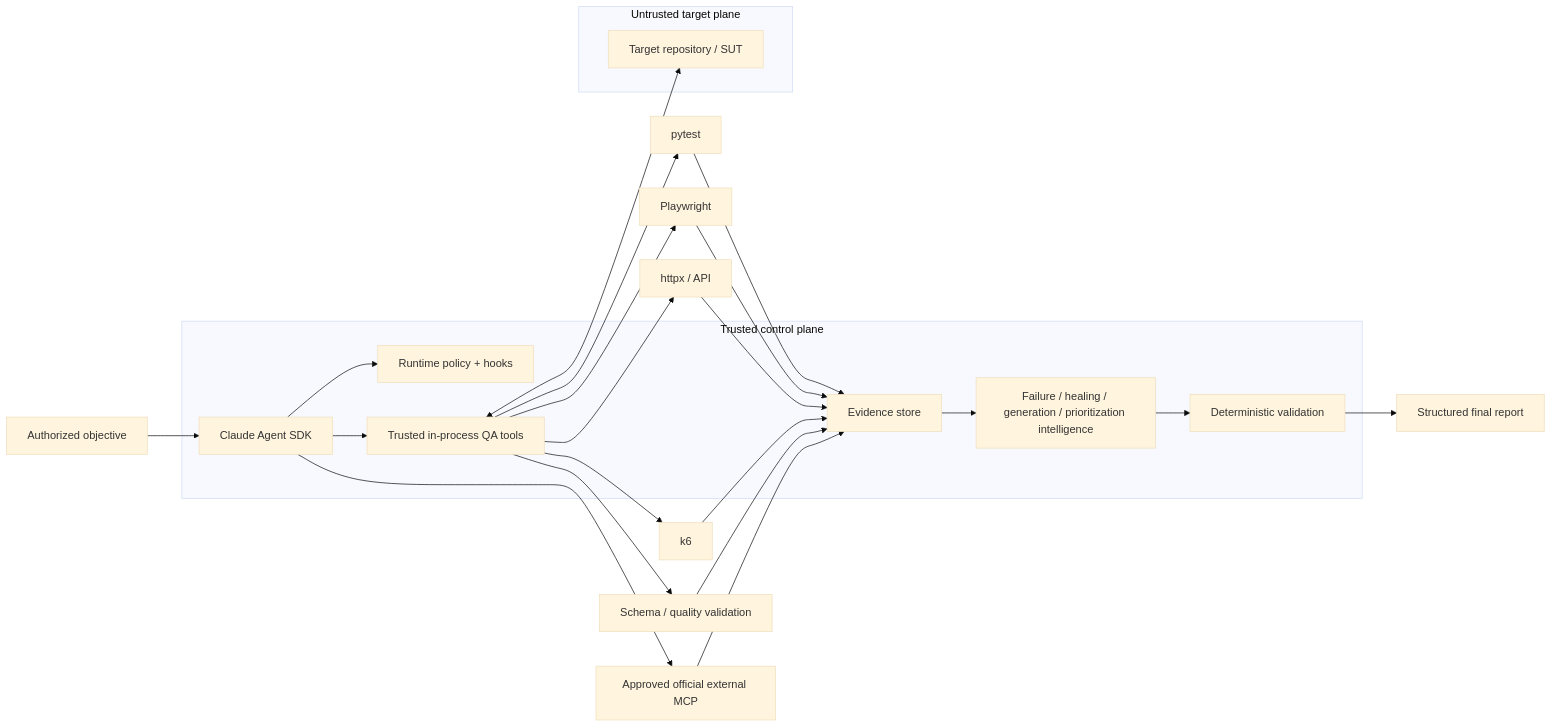
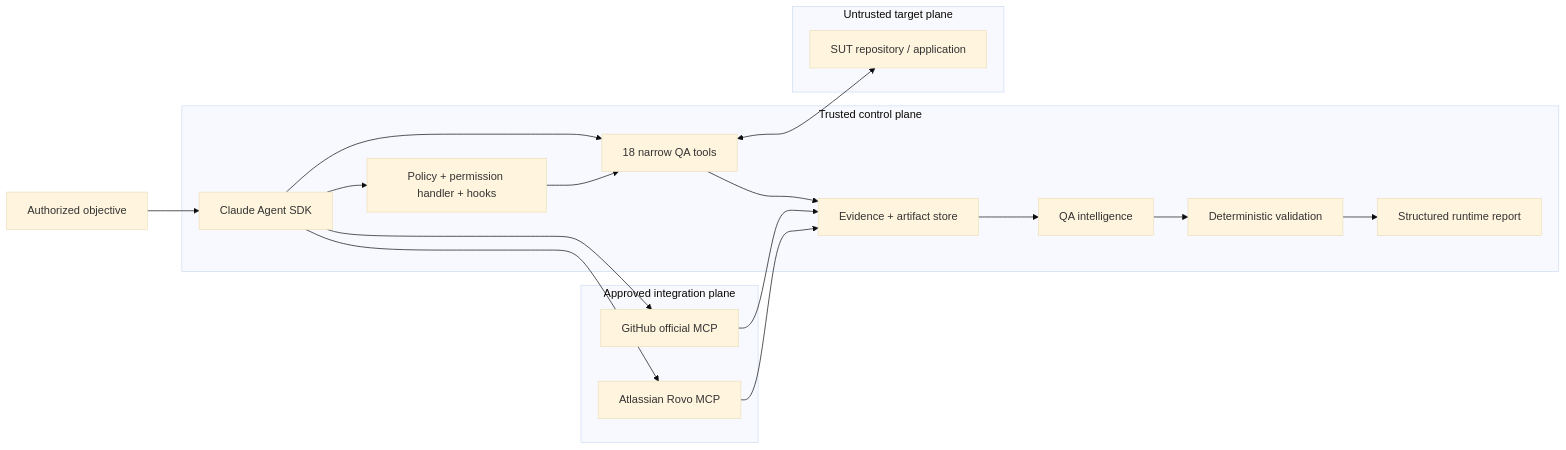
Before and after one commit to portyu9/ai-qa-automation: the first of 2 diagrams in README.md, drawn with Mermaid (base theme). The commit also changed other lines of this file, not shown here.

````diff
--- a/README.md
+++ b/README.md
@@ -38,39 +58,29 @@
 ```mermaid
 flowchart LR
-    U[Authorized objective] --> A[Claude Agent SDK]
-    A --> P[Runtime policy + hooks]
-    A --> Q[Trusted in-process QA tools]
-    A --> X[Approved official external MCP]
+    O[Authorized objective] --> C[Claude Agent SDK]
 
-    Q --> T1[pytest]
-    Q --> T2[Playwright]
-    Q --> T3[httpx / API]
-    Q --> T4[k6]
-    Q --> T5[Schema / quality validation]
-
-    T1 --> E[Evidence store]
-    T2 --> E
-    T3 --> E
-    T4 --> E
-    T5 --> E
-    X --> E
-
-    E --> I[Failure / healing / generation / prioritization intelligence]
-    I --> V[Deterministic validation]
-    V --> R[Structured final report]
-
-    subgraph Trusted control plane
-      A
-      P
-      Q
-      E
-      I
-      V
+    subgraph CONTROL[Trusted control plane]
+      C --> P[Policy + permission handler + hooks]
+      C --> Q[18 narrow QA tools]
+      P --> Q
+      Q --> E[Evidence + artifact store]
+      E --> I[QA intelligence]
+      I --> V[Deterministic validation]
+      V --> R[Structured runtime report]
     end
 
-    subgraph Untrusted target plane
-      SUT[Target repository / SUT]
+    subgraph TARGET[Untrusted target plane]
+      S[SUT repository / application]
     end
 
-    Q <--> SUT
+    subgraph PROVIDERS[Approved integration plane]
+      G[GitHub official MCP]
+      A[Atlassian Rovo MCP]
+    end
+
+    Q <--> S
+    C --> G
+    C --> A
+    G --> E
+    A --> E
 ```
````
